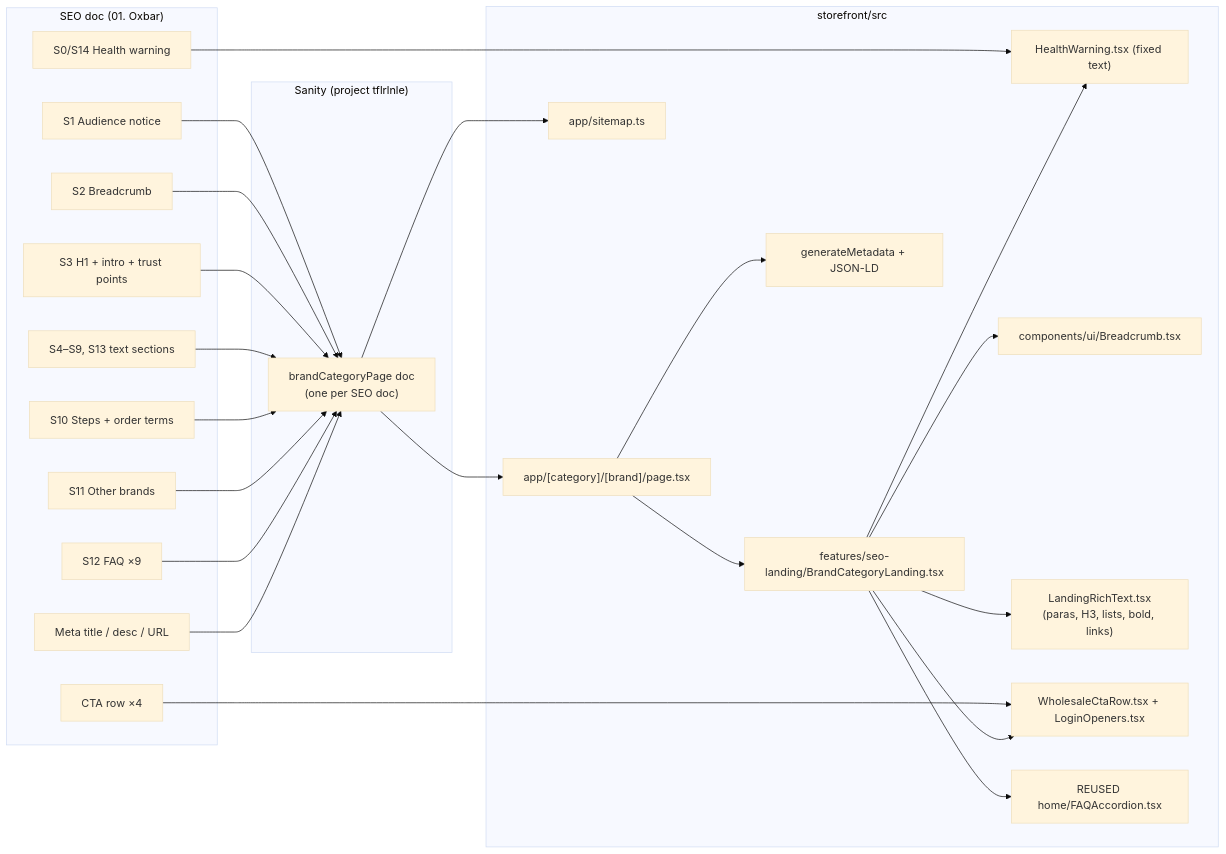
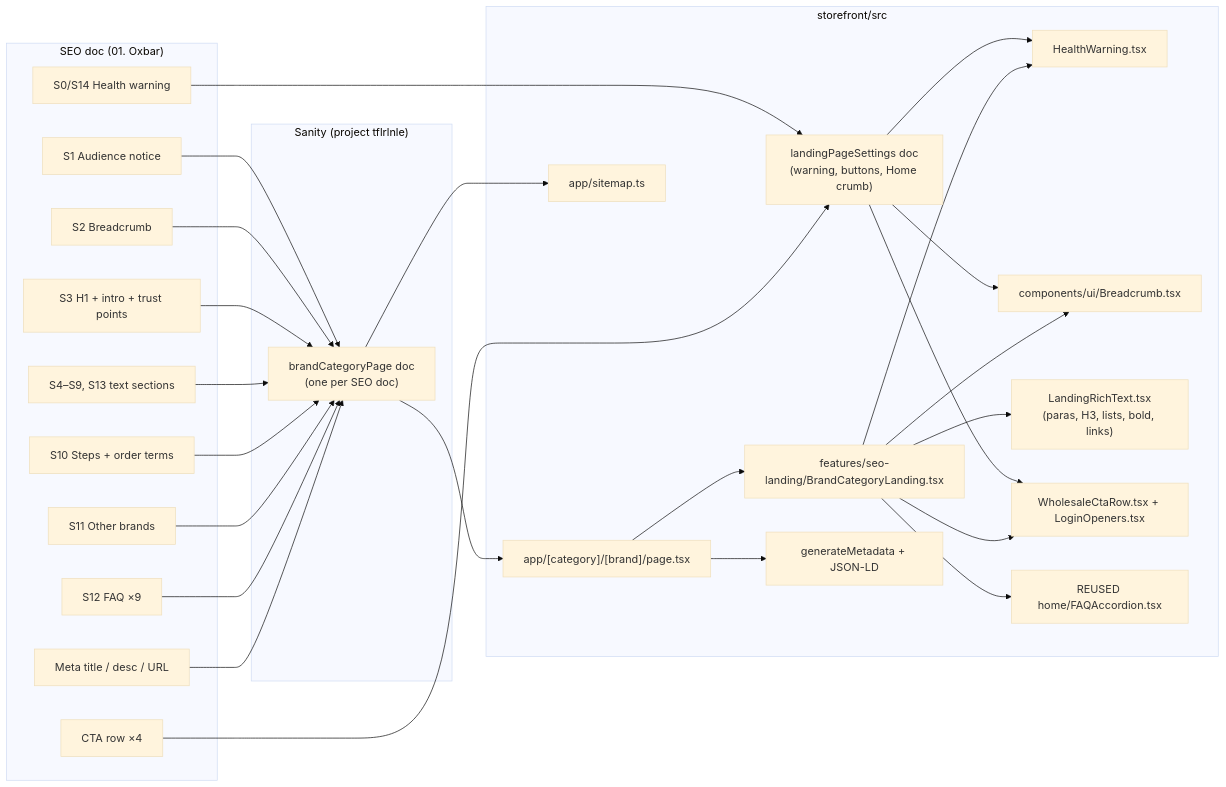
One commit to ayushjaaa/bro changed the diagram in SEO_CONTENT_MAP.md. Above: the diagram before and after it, drawn with Mermaid (base theme). The commit also changed other lines of this file, not shown here.

Commit message:
Note shared landing-page settings in Sanity in the SEO content map

````diff
--- a/SEO_CONTENT_MAP.md
+++ b/SEO_CONTENT_MAP.md
@@ -83,38 +83,39 @@
 ```mermaid
 flowchart LR
   subgraph DOC["SEO doc (01. Oxbar)"]
     D0["S0/S14 Health warning"]
     D1["S1 Audience notice"]
     D2["S2 Breadcrumb"]
     D3["S3 H1 + intro + trust points"]
     D4["S4–S9, S13 text sections"]
     DC["CTA row ×4"]
     D10["S10 Steps + order terms"]
     D11["S11 Other brands"]
     D12["S12 FAQ ×9"]
     DM["Meta title / desc / URL"]
   end
 
   subgraph CMS["Sanity (project tflrlnle)"]
     S1["brandCategoryPage doc\n(one per SEO doc)"]
   end
 
   subgraph CODE["storefront/src"]
     R["app/[category]/[brand]/page.tsx"]
     L["features/seo-landing/BrandCategoryLanding.tsx"]
-    HW["HealthWarning.tsx (fixed text)"]
+    HW["HealthWarning.tsx"]
+    SET["landingPageSettings doc\n(warning, buttons, Home crumb)"]
     BC["components/ui/Breadcrumb.tsx"]
     RT["LandingRichText.tsx\n(paras, H3, lists, bold, links)"]
     CTA["WholesaleCtaRow.tsx + LoginOpeners.tsx"]
     FAQ["REUSED home/FAQAccordion.tsx"]
     META["generateMetadata + JSON-LD"]
     SM["app/sitemap.ts"]
   end
 
   D1 & D2 & D3 & D4 & D10 & D11 & D12 & DM --> S1 --> R
-  D0 --> HW
-  DC --> CTA
+  D0 & DC --> SET
+  SET --> HW & CTA & BC
   R --> META & L
   L --> HW & BC & RT & CTA & FAQ
   S1 --> SM
 ```
````
